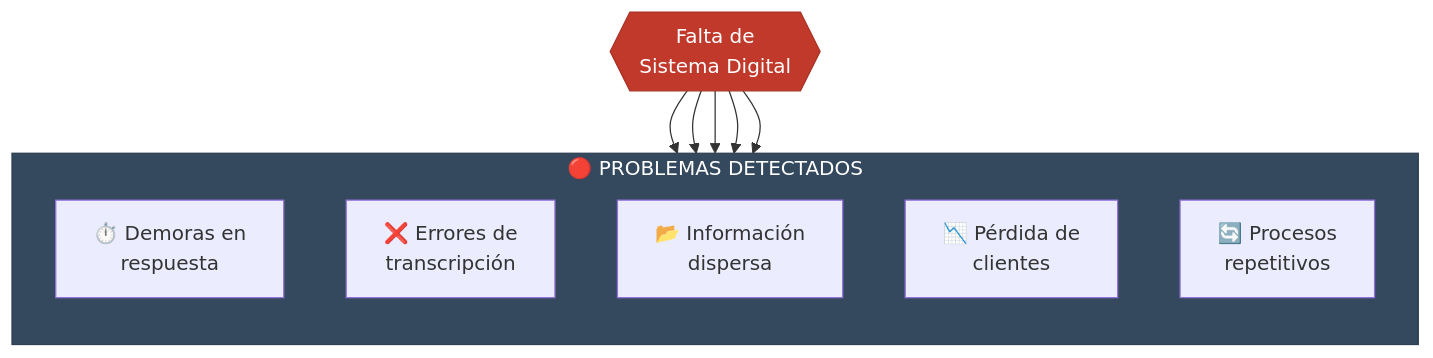
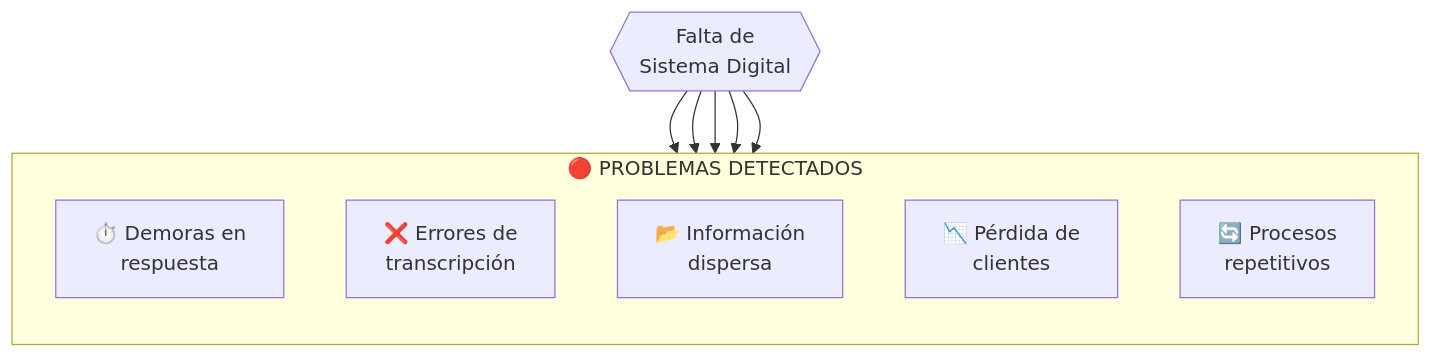
The second of 6 diagrams in docs/02-planteamiento-problema/README.md (decagraff/LCService), drawn with Mermaid before and after one commit. The commit also changed other lines of this file and 7 other files, not shown here.

````diff
--- a/docs/02-planteamiento-problema/README.md
+++ b/docs/02-planteamiento-problema/README.md
@@ -48,23 +45,21 @@
 ```mermaid
 graph TB
     subgraph problemas["🔴 PROBLEMAS DETECTADOS"]
         direction TB
 
         P1["⏱️ Demoras en<br/>respuesta"]
         P2["❌ Errores de<br/>transcripción"]
         P3["📂 Información<br/>dispersa"]
         P4["📉 Pérdida de<br/>clientes"]
         P5["🔄 Procesos<br/>repetitivos"]
     end
 
     CAUSA{{"Falta de<br/>Sistema Digital"}}
 
     CAUSA --> P1
     CAUSA --> P2
     CAUSA --> P3
     CAUSA --> P4
     CAUSA --> P5
 
-    style CAUSA fill:#c0392b,stroke:#a93226,color:#fff
-    style problemas fill:#34495e,stroke:#2c3e50,color:#fff
 ```
````
